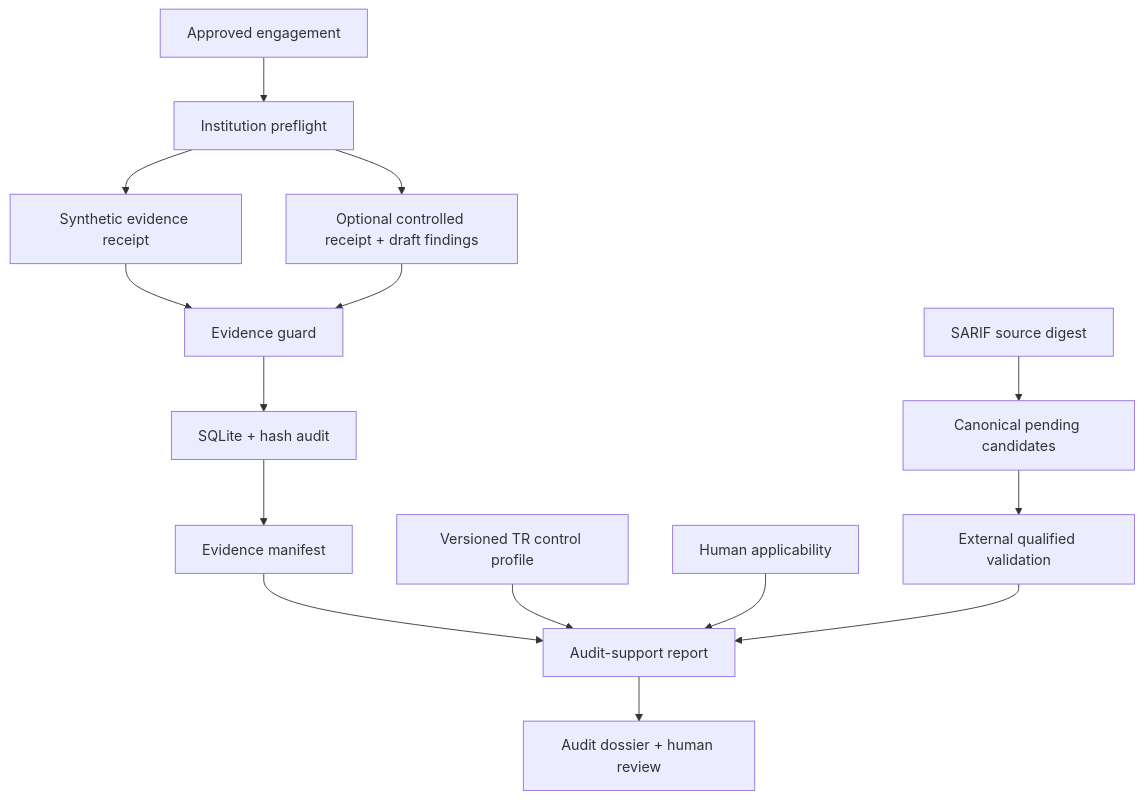
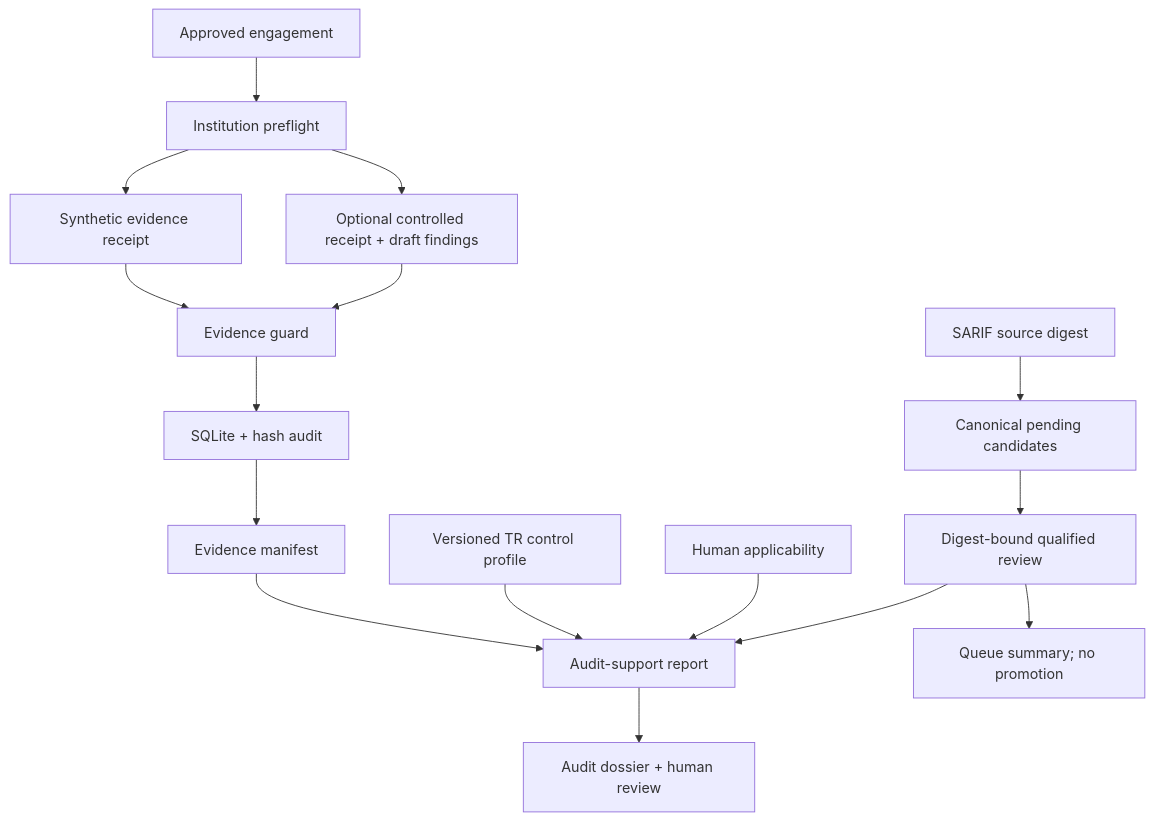
One commit to bilgekayali/finredops changed the second of 2 diagrams in docs/ARCHITECTURE.md. Above: the diagram before and after it, drawn with Mermaid. The commit also changed other lines of this file and 19 other files, not shown here.

First line of the commit message:
feat: add qualified finding review workflow

````diff
--- a/docs/ARCHITECTURE.md
+++ b/docs/ARCHITECTURE.md
@@ -93,17 +104,18 @@
 ```mermaid
 flowchart TD
     E["Approved engagement"] --> P["Institution preflight"]
     P --> A["Synthetic evidence receipt"]
     P --> V["Optional controlled receipt + draft findings"]
     A --> G["Evidence guard"]
     V --> G
     G --> S["SQLite + hash audit"]
     S --> M["Evidence manifest"]
     M --> R["Audit-support report"]
     C["Versioned TR control profile"] --> R
     APL["Human applicability"] --> R
     SI["SARIF source digest"] --> IC["Canonical pending candidates"]
-    IC --> HR["External qualified validation"]
+    IC --> HR["Digest-bound qualified review"]
+    HR --> RS["Queue summary; no promotion"]
     HR --> R
     R --> H["Audit dossier + human review"]
 ```
````
